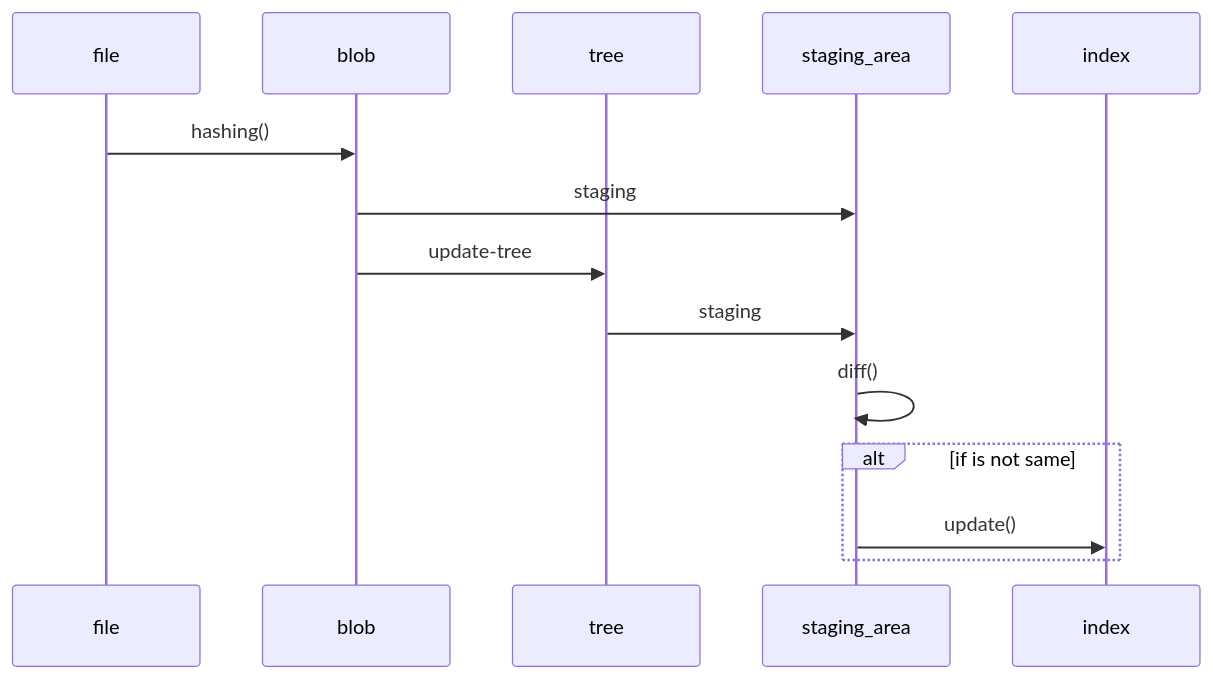
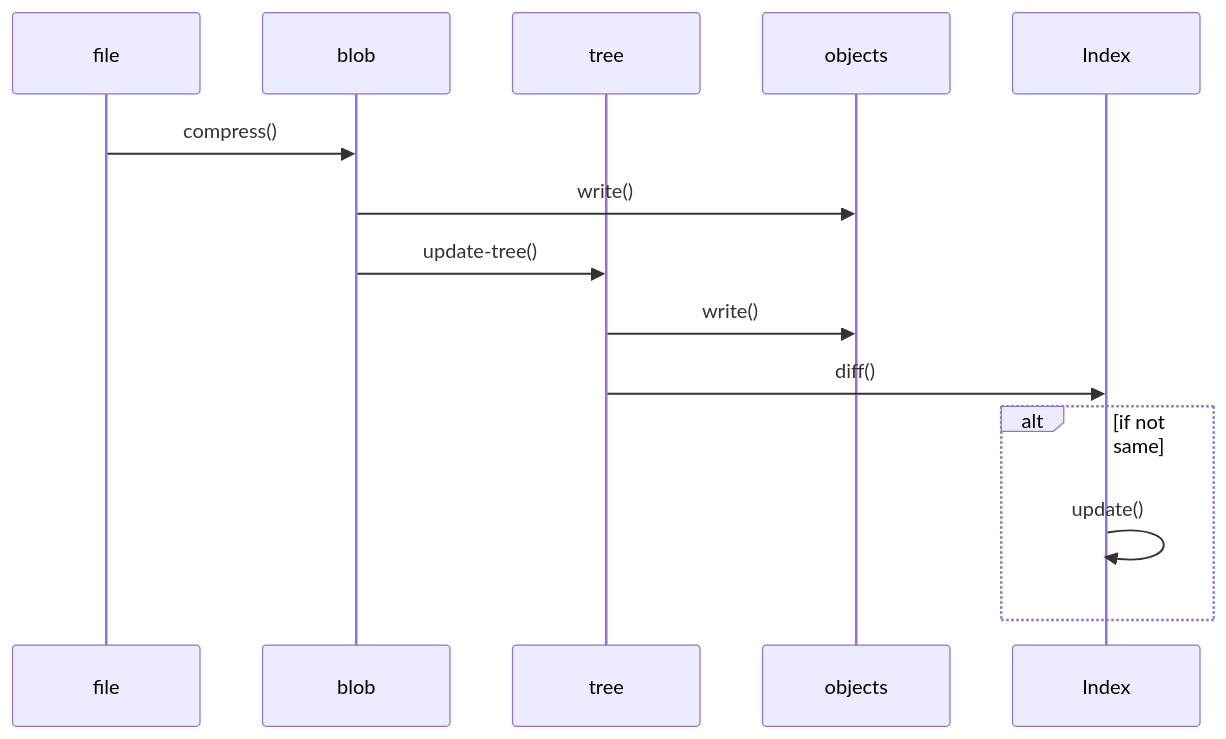
Before and after one commit to NarciSource/Boostcamp-Challenge: the second of 6 diagrams in README.md, drawn with Mermaid. The commit also changed other lines of this file and 1 other file, not shown here.

````diff
--- a/README.md
+++ b/README.md
@@ -133,17 +147,18 @@
     ```mermaid
     sequenceDiagram
         participant file
         participant blob
         participant tree
-        participant staging_area
-        participant index
+        participant objects
+        participant Index
 
-        file->>blob: hashing()
-        blob->>staging_area: staging
-        blob->>tree: update-tree
-        tree->>staging_area: staging
-        staging_area->>staging_area: diff()
-        alt if is not same
-            staging_area->>index: update()
+        file->>blob: compress()
+        blob->>objects: write()
+        blob->>tree: update-tree()
+        tree->>objects: write()
+
+        tree->>Index: diff()
+        alt if not same
+            Index->>Index: update()
         end
     ```
````
